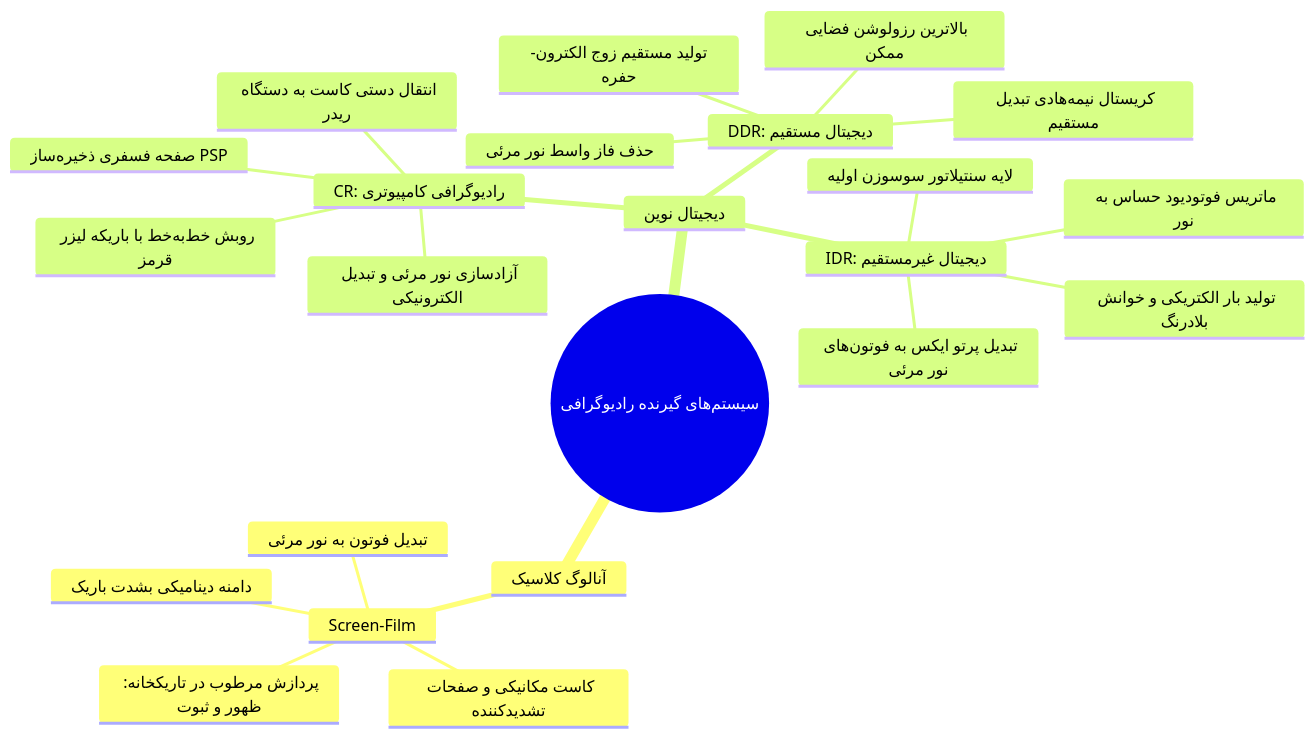
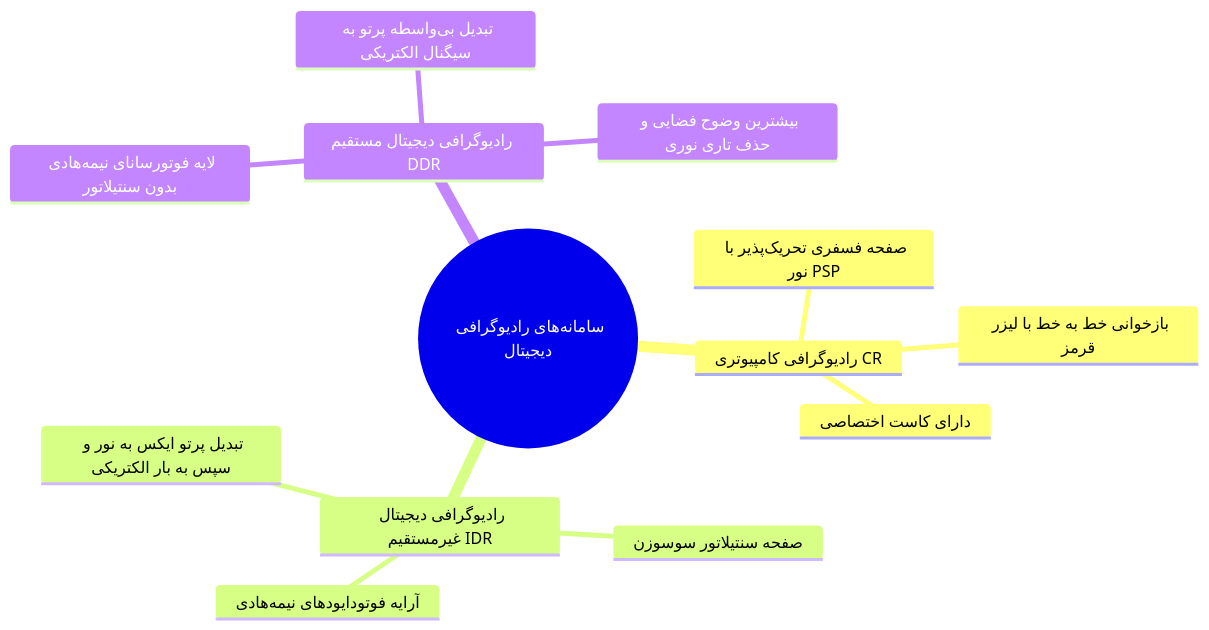
One commit to neopulse-hub/-TUMS-1402-2-material-notes- changed the third of 6 diagrams in 05/فیزیک پزشکی/پایان‌ترم/رادیوگرافی - مبانی فیزیک.md. Above: the diagram before and after it, drawn with Mermaid. The commit also changed other lines of this file, not shown here.

Commit message:
Update رادیوگرافی - مبانی فیزیک.md

````diff
--- a/05/فیزیک پزشکی/پایان‌ترم/رادیوگرافی - مبانی فیزیک.md
+++ b/05/فیزیک پزشکی/پایان‌ترم/رادیوگرافی - مبانی فیزیک.md
@@ -99,27 +88,16 @@
 ```mermaid
 mindmap
-  root((سیستم‌های گیرنده رادیوگرافی))
-    آنالوگ کلاسیک
-      Screen-Film
-        کاست مکانیکی و صفحات تشدیدکننده
-        تبدیل فوتون به نور مرئی
-        پردازش مرطوب در تاریکخانه: ظهور و ثبوت
-        دامنه دینامیکی بشدت باریک
-    دیجیتال نوین
-      CR: رادیوگرافی کامپیوتری
-        صفحه فسفری ذخیره‌ساز PSP
-        انتقال دستی کاست به دستگاه ریدر
-        روبش خط‌به‌خط با باریکه لیزر قرمز
-        آزادسازی نور مرئی و تبدیل الکترونیکی
-      IDR: دیجیتال غیرمستقیم
-        لایه سنتیلاتور سوسوزن اولیه
-        تبدیل پرتو ایکس به فوتون‌های نور مرئی
-        ماتریس فوتودیود حساس به نور
-        تولید بار الکتریکی و خوانش بلادرنگ
-      DDR: دیجیتال مستقیم
-        کریستال نیمه‌هادی تبدیل مستقیم
-        حذف فاز واسط نور مرئی
-        تولید مستقیم زوج الکترون-حفره
-        بالاترین رزولوشن فضایی ممکن
-
+  root((سامانه‌های رادیوگرافی دیجیتال))
+    رادیوگرافی کامپیوتری CR
+      صفحه فسفری تحریک‌پذیر با نور PSP
+      بازخوانی خط به خط با لیزر قرمز
+      دارای کاست اختصاصی
+    رادیوگرافی دیجیتال غیرمستقیم IDR
+      صفحه سنتیلاتور سوسوزن
+      آرایه فوتودایودهای نیمه‌هادی
+      تبدیل پرتو ایکس به نور و سپس به بار الکتریکی
+    رادیوگرافی دیجیتال مستقیم DDR
+      لایه فوتورسانای نیمه‌هادی بدون سنتیلاتور
+      تبدیل بی‌واسطه پرتو به سیگنال الکتریکی
+      بیشترین وضوح فضایی و حذف تاری نوری
 ```
````
